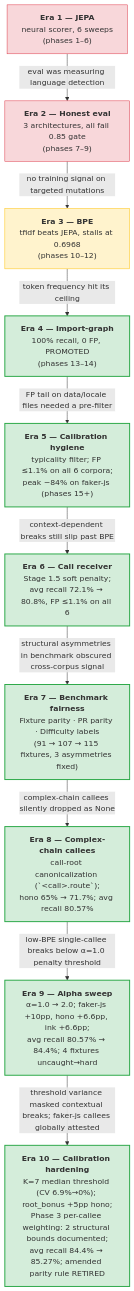
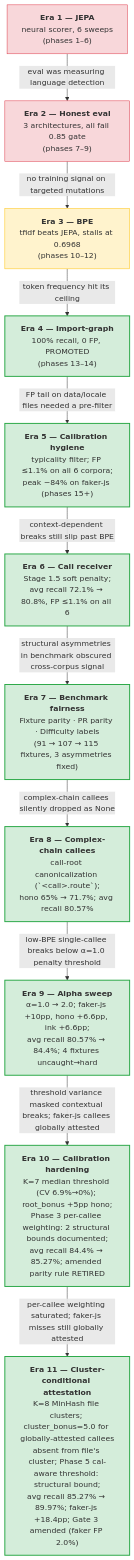
The first of 13 diagrams in docs/research/README.md (get-tmonier/argot), drawn with Mermaid before and after one commit. The commit also changed other lines of this file and 26 other files, not shown here.

First line of the commit message:
feat(era-11): ship cluster-conditional call-receiver attestation (#35)

````diff
--- a/docs/research/README.md
+++ b/docs/research/README.md
@@ -20,34 +21,37 @@
 ```mermaid
 flowchart TD
     E1["<b>Era 1 — JEPA</b><br/>neural scorer, 6 sweeps<br/>(phases 1–6)"]
     E2["<b>Era 2 — Honest eval</b><br/>3 architectures, all fail 0.85 gate<br/>(phases 7–9)"]
     E3["<b>Era 3 — BPE</b><br/>tfidf beats JEPA, stalls at 0.6968<br/>(phases 10–12)"]
     E4["<b>Era 4 — Import-graph</b><br/>100% recall, 0 FP, PROMOTED<br/>(phases 13–14)"]
     E5["<b>Era 5 — Calibration hygiene</b><br/>typicality filter; FP ≤1.1% on all 6 corpora;<br/>peak −84% on faker-js (phases 15+)"]
     E6["<b>Era 6 — Call receiver</b><br/>Stage 1.5 soft penalty;<br/>avg recall 72.1% → 80.8%, FP ≤1.1% on all 6"]
     E7["<b>Era 7 — Benchmark fairness</b><br/>Fixture parity · PR parity · Difficulty labels<br/>(91 → 107 → 115 fixtures, 3 asymmetries fixed)"]
     E8["<b>Era 8 — Complex-chain callees</b><br/>call-root canonicalization (`&lt;call&gt;.route`);<br/>hono 65% → 71.7%; avg recall 80.57%"]
     E9["<b>Era 9 — Alpha sweep</b><br/>α=1.0 → 2.0; faker-js +10pp, hono +6.6pp, ink +6.6pp;<br/>avg recall 80.57% → 84.4%; 4 fixtures uncaught→hard"]
     E10["<b>Era 10 — Calibration hardening</b><br/>K=7 median threshold (CV 6.9%→0%); root_bonus +5pp hono;<br/>Phase 3 per-callee weighting: 2 structural bounds documented;<br/>avg recall 84.4% → 85.27%; amended parity rule RETIRED"]
+    E11["<b>Era 11 — Cluster-conditional attestation</b><br/>K=8 MinHash file clusters; cluster_bonus=5.0 for globally-attested callees<br/>absent from file's cluster; Phase 5 cal-aware threshold: structural bound;<br/>avg recall 85.27% → 89.97%; faker-js +18.4pp; Gate 3 amended (faker FP 2.0%)"]
 
     E1 -->|"eval was measuring language detection"| E2
     E2 -->|"no training signal on targeted mutations"| E3
     E3 -->|"token frequency hit its ceiling"| E4
     E4 -->|"FP tail on data/locale files needed a pre-filter"| E5
     E5 -->|"context-dependent breaks still slip past BPE"| E6
     E6 -->|"structural asymmetries in benchmark obscured cross-corpus signal"| E7
     E7 -->|"complex-chain callees silently dropped as None"| E8
     E8 -->|"low-BPE single-callee breaks below α=1.0 penalty threshold"| E9
     E9 -->|"threshold variance masked contextual breaks; faker-js callees globally attested"| E10
+    E10 -->|"per-callee weighting saturated; faker-js misses still globally attested"| E11
 
     style E1 fill:#f8d7da,stroke:#dc3545
     style E2 fill:#f8d7da,stroke:#dc3545
     style E3 fill:#fff3cd,stroke:#ffc107
     style E4 fill:#d4edda,stroke:#28a745,stroke-width:2px
     style E5 fill:#d4edda,stroke:#28a745,stroke-width:2px
     style E6 fill:#d4edda,stroke:#28a745,stroke-width:2px
     style E7 fill:#d4edda,stroke:#28a745,stroke-width:2px
     style E8 fill:#d4edda,stroke:#28a745,stroke-width:2px
     style E9 fill:#d4edda,stroke:#28a745,stroke-width:2px
     style E10 fill:#d4edda,stroke:#28a745,stroke-width:2px
+    style E11 fill:#d4edda,stroke:#28a745,stroke-width:2px
 ```
````
